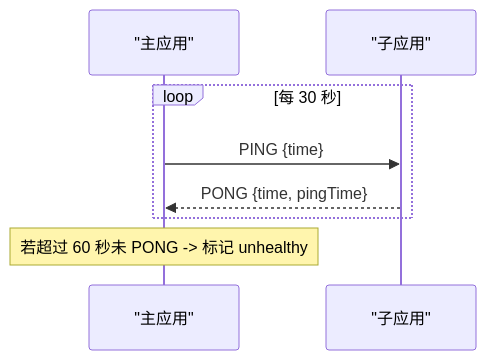
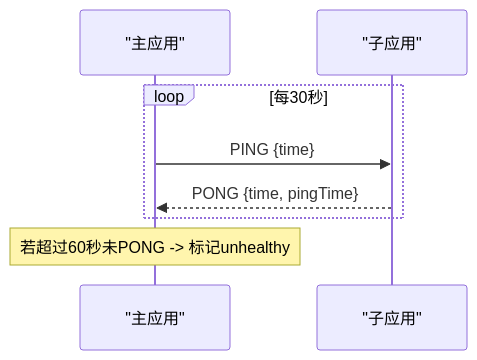
The fifth of 8 diagrams in .qoder/repowiki/zh/content/高级主题/iframe 跨域治理.md (my-Sitara/artisan-base-frontend), drawn with Mermaid before and after one commit. The commit also changed other lines of this file and 25 other files, not shown here.

````diff
--- a/.qoder/repowiki/zh/content/高级主题/iframe 跨域治理.md
+++ b/.qoder/repowiki/zh/content/高级主题/iframe 跨域治理.md
@@ -249,10 +260,10 @@
 ```mermaid
 sequenceDiagram
 participant Main as "主应用"
 participant Sub as "子应用"
-loop 每 30 秒
+loop 每30秒
 Main->>Sub : PING {time}
 Sub-->>Main : PONG {time, pingTime}
 end
-Note over Main : 若超过 60 秒未 PONG -> 标记 unhealthy
+Note over Main : 若超过60秒未PONG -> 标记unhealthy
 ```
````
